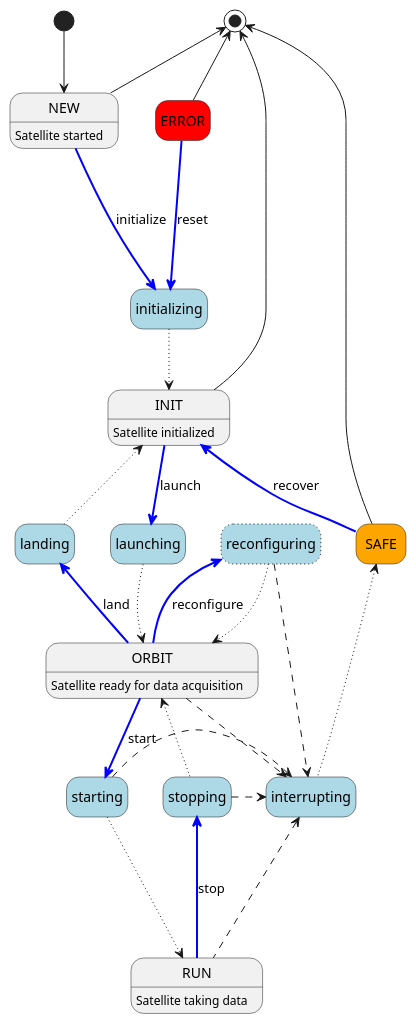
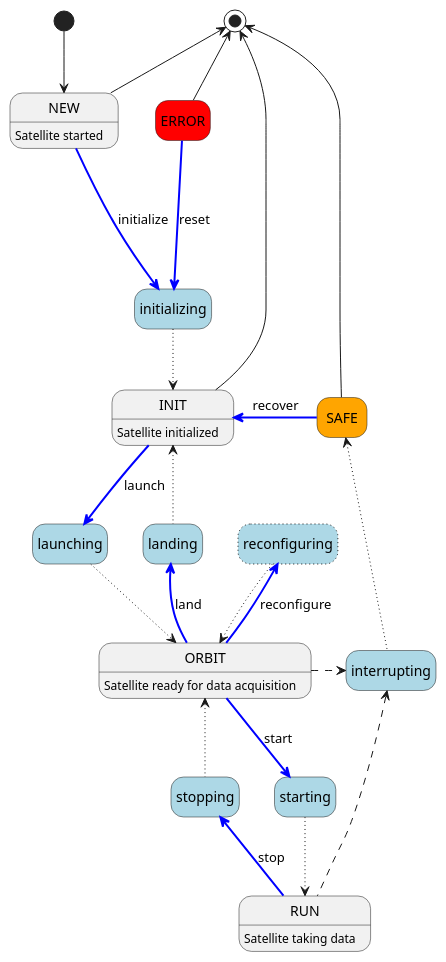
The diagram in docs/reference/satellite.md (constellation-daq/Constellation), drawn with PlantUML before and after one commit.

Commit message:
Docs: update FSM

````diff
--- a/docs/reference/satellite.md
+++ b/docs/reference/satellite.md
@@ -67,51 +67,48 @@
 ```plantuml
 @startuml
 hide empty description
 
 State NEW : Satellite started
 State initializing #lightblue
 State INIT : Satellite initialized
 State launching #lightblue
 State landing #lightblue
 State ORBIT : Satellite ready for data acquisition
 State reconfiguring #lightblue##[dotted]
 State starting #lightblue
 State stopping #lightblue
 State RUN : Satellite taking data
 State SAFE #orange
 State interrupting #lightblue
 State ERROR #red
 
 [*] --> NEW
 NEW -u-> [*]
 NEW -[#blue,bold]d-> initializing : initialize
 initializing -[dotted]d-> INIT
 
 INIT -[#blue,bold]d-> launching : launch
 INIT -u-> [*]
 launching -[dotted]d-> ORBIT
 
 ORBIT -[#blue,bold]u-> landing : land
 landing -[dotted]u-> INIT
 
 ORBIT -[#blue,bold]d-> starting : start
 starting -[dotted]d-> RUN
-starting -[dashed]r--> interrupting
 
 ORBIT -[#blue,bold]u-> reconfiguring : reconfigure
 reconfiguring -[dotted]d-> ORBIT
-reconfiguring -[dashed]r--> interrupting
 ORBIT -[dashed]r--> interrupting
 
 RUN -[#blue,bold]u-> stopping : stop
 RUN -[dashed]u--> interrupting
 stopping -[dotted]u-> ORBIT
-stopping -[dashed]r--> interrupting
 
-SAFE -[#blue,bold]u-> INIT : recover
+SAFE -[#blue,bold]l-> INIT : recover
 SAFE -u-> [*]
 interrupting -[dotted]u-> SAFE
 ERROR -[#blue,bold]--> initializing : reset
 ERROR -u-> [*]
 @enduml
 ```
````
